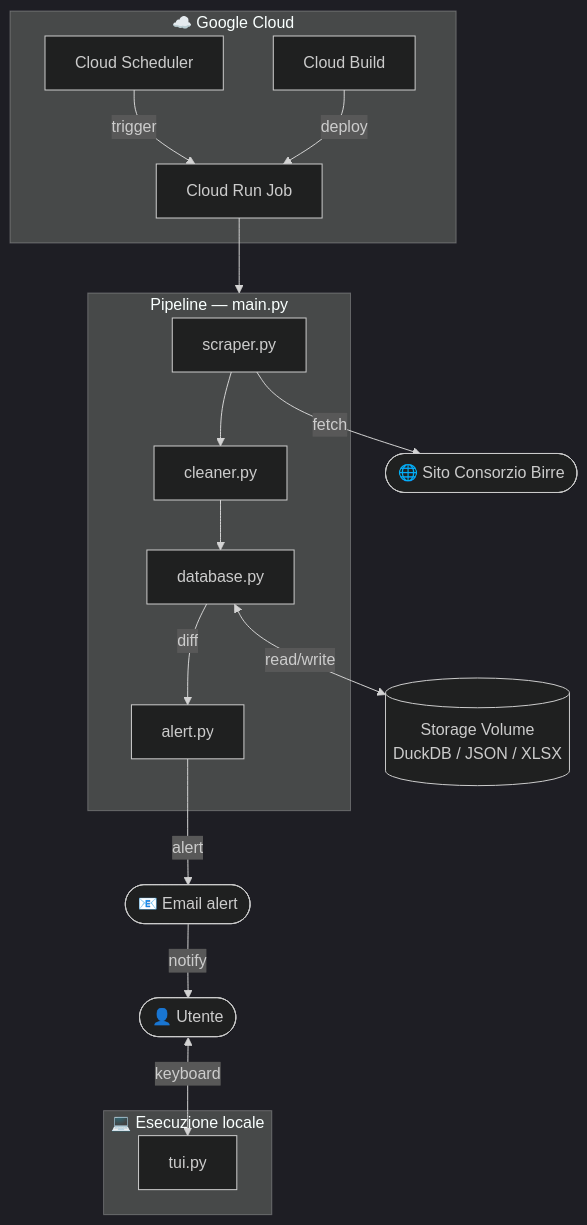
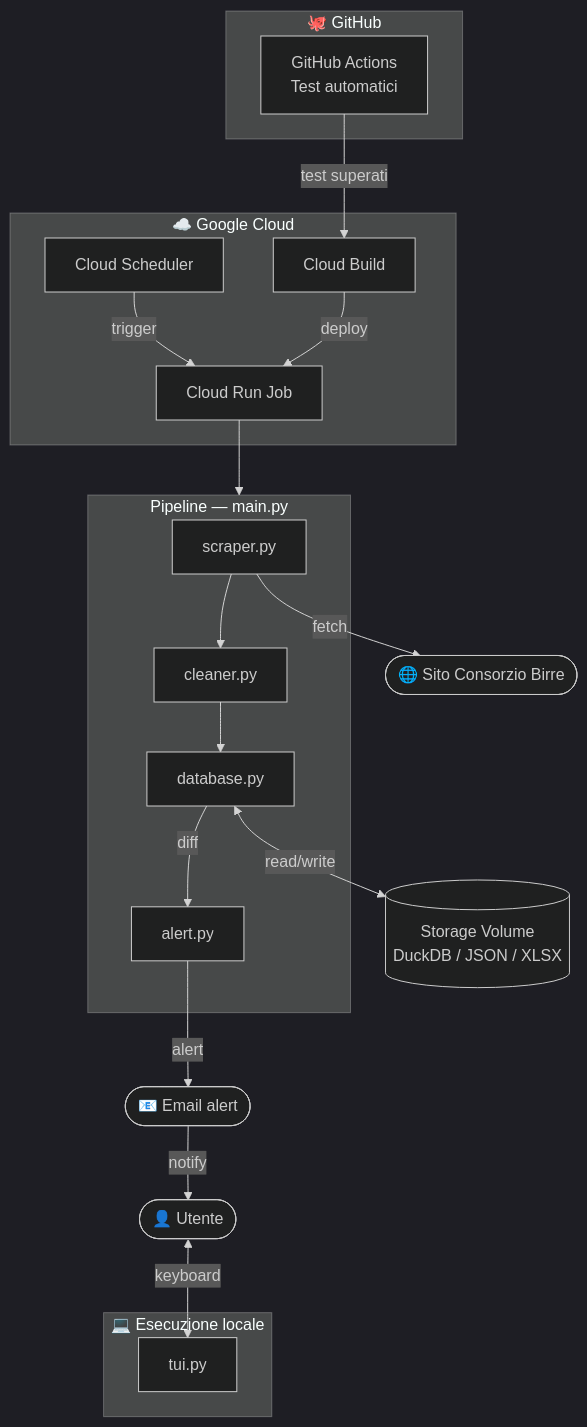
One commit to m-contini/Consorzio changed the diagram in README.md. Above: the diagram before and after it, drawn with Mermaid (dark theme). The commit also changed other lines of this file, not shown here.

````diff
--- a/README.md
+++ b/README.md
@@ -25,36 +25,41 @@
 ```mermaid
 flowchart TD
     GCS[(Storage Volume\nDuckDB / JSON / XLSX)]
+
+    subgraph GH ["🐙 GitHub"]
+        GHA[GitHub Actions\nTest automatici]
+    end
 
     subgraph GCP ["☁️ Google Cloud"]
         SCH[Cloud Scheduler]
         CB[Cloud Build]
         CR[Cloud Run Job]
     end
 
     subgraph pipeline ["Pipeline — main.py"]
         S[scraper.py]
         C[cleaner.py]
         DB[database.py]
         A[alert.py]
     end
 
     subgraph local ["💻 Esecuzione locale"]
         TUI[tui.py]
     end
 
     SITE([🌐 Sito Consorzio Birre])
     MAIL([📧 Email alert])
     USER([👤 Utente])
 
+    GHA -->|test superati| CB
     SCH -->|trigger| CR
     CB -->|deploy| CR
     CR --> pipeline
     S -->|fetch| SITE
     S --> C --> DB
     DB <-->|read/write| GCS
     DB -->|diff| A
     A -->|alert| MAIL
     MAIL -->|notify| USER
     USER <-->|keyboard| TUI
 ```
````
